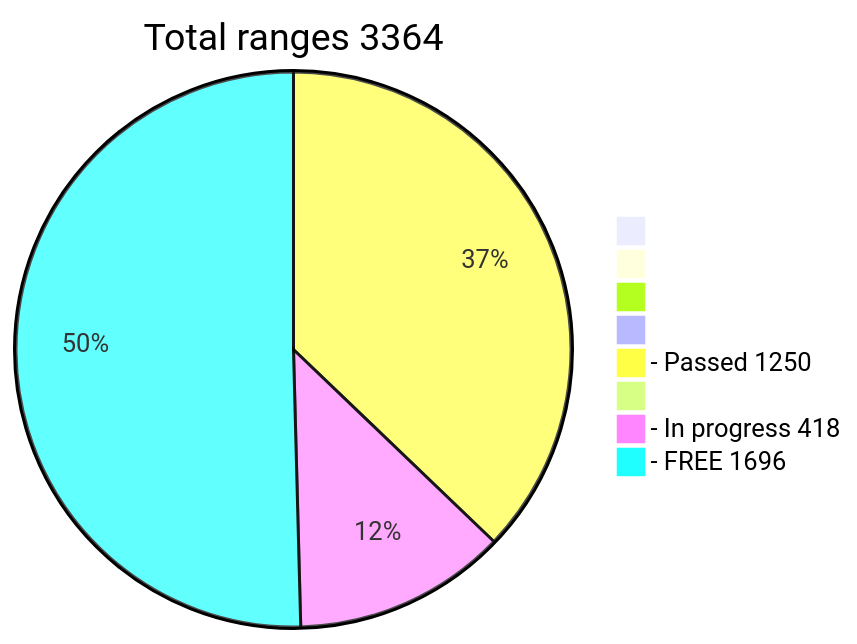
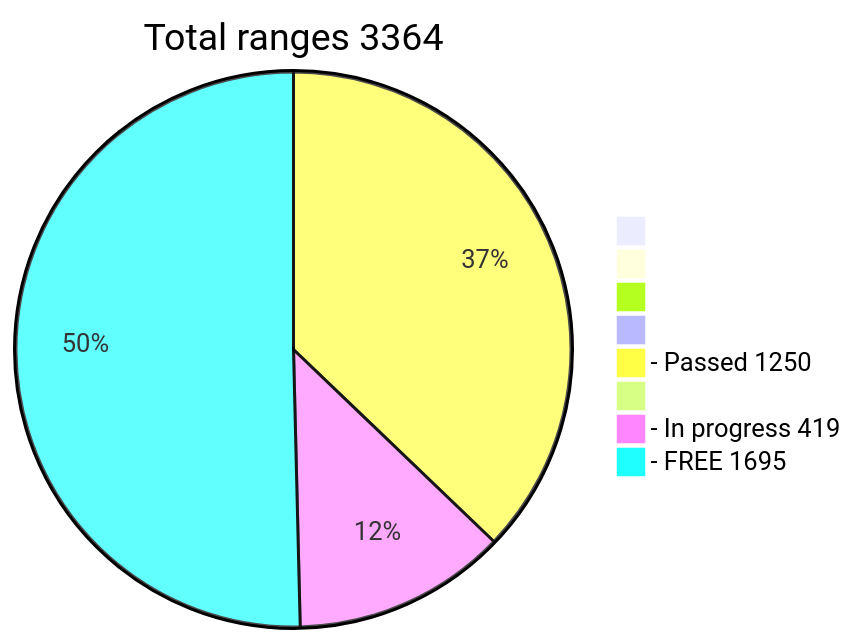
The diagram in README.md (phrutis/wif500), drawn with Mermaid before and after one commit.

````diff
--- a/README.md
+++ b/README.md
@@ -16,12 +16,12 @@
 ```mermaid
 pie title Total ranges 3364
              " " : 0
             "  " : 0
            "   " : 0
           "    " : 0
   "- Passed 1250" : 1250
          "     " : 0
-  "- In progress 418" : 418
-   "- FREE 1696" : 1696
+  "- In progress 419" : 419
+   "- FREE 1695" : 1695
    
 ```
````
